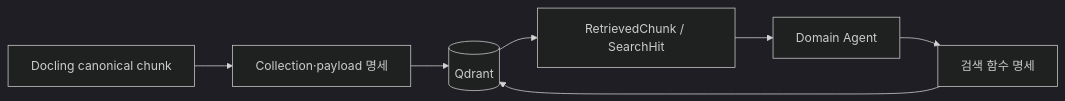
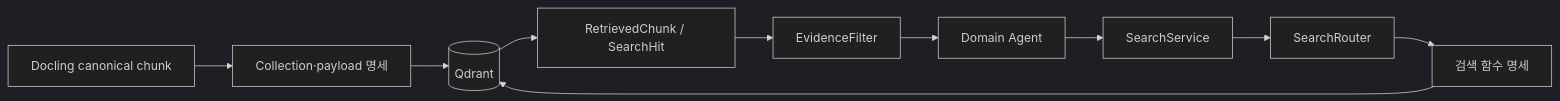
Before and after one commit to nayeon653/-ace3: the diagram in docs/qdrant-retrieval-spec.md, drawn with Mermaid (dark theme). The commit also changed other lines of this file and 5 other files, not shown here.

Commit message:
docs(search): Search Service 운영 문서 동기화

````diff
--- a/docs/qdrant-retrieval-spec.md
+++ b/docs/qdrant-retrieval-spec.md
@@ -15,9 +15,12 @@
 ```mermaid
 flowchart LR
     C["Docling canonical chunk"] --> I["Collection·payload 명세"]
     I --> Q[("Qdrant")]
-    A["Domain Agent"] --> F["검색 함수 명세"]
+    A["Domain Agent"] --> S["SearchService"]
+    S --> R["SearchRouter"]
+    R --> F["검색 함수 명세"]
     F --> Q
     Q --> E["RetrievedChunk / SearchHit"]
-    E --> A
+    E --> V["EvidenceFilter"]
+    V --> A
 ```
````
